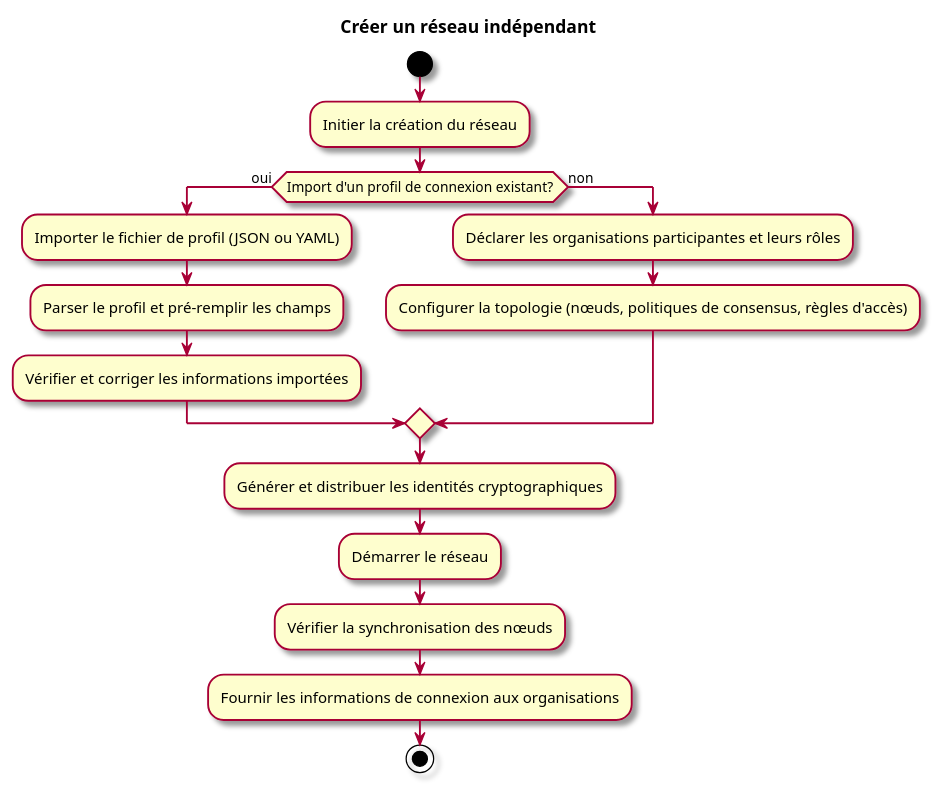
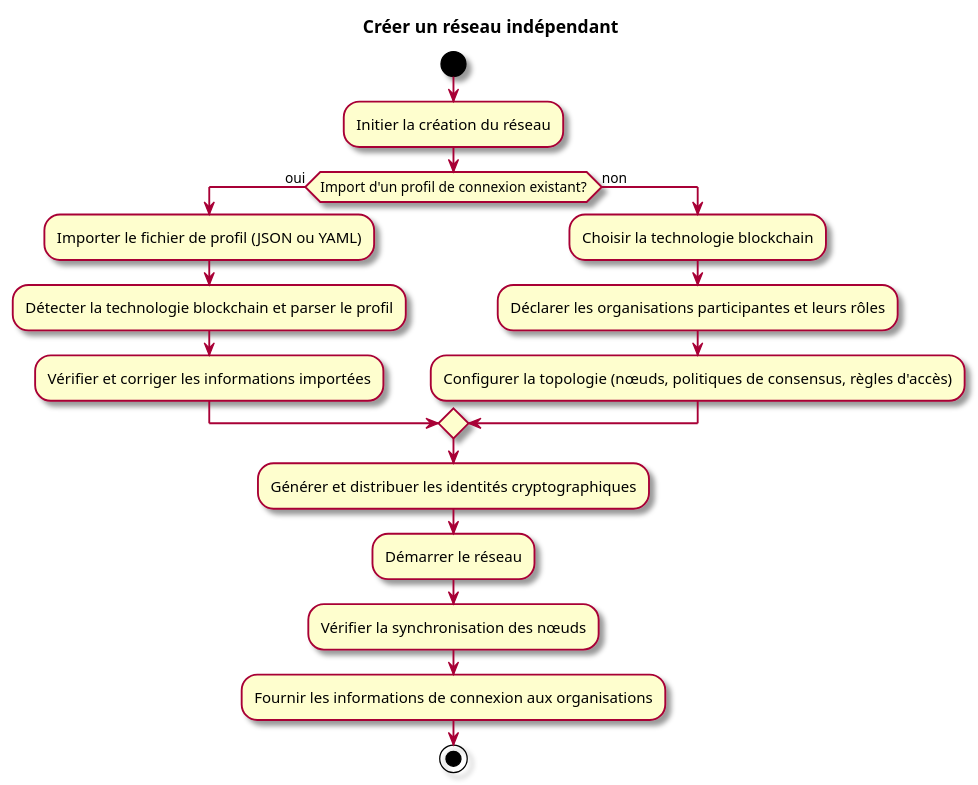
The second of 2 diagrams in specs/1-Expression/UCADM-Administration/UCADM02.md (olivaux/myr), drawn with PlantUML before and after one commit. The commit also changed other lines of this file and 12 other files, not shown here.

````diff
--- a/specs/1-Expression/UCADM-Administration/UCADM02.md
+++ b/specs/1-Expression/UCADM-Administration/UCADM02.md
@@ -65,21 +66,22 @@
 ```plantuml
 @startuml
 skin rose
 title Créer un réseau indépendant
 start
 :Initier la création du réseau;
 if (Import d'un profil de connexion existant?) then (oui)
   :Importer le fichier de profil (JSON ou YAML);
-  :Parser le profil et pré-remplir les champs;
+  :Détecter la technologie blockchain et parser le profil;
   :Vérifier et corriger les informations importées;
 else (non)
+  :Choisir la technologie blockchain;
   :Déclarer les organisations participantes et leurs rôles;
   :Configurer la topologie (nœuds, politiques de consensus, règles d'accès);
 endif
 :Générer et distribuer les identités cryptographiques;
 :Démarrer le réseau;
 :Vérifier la synchronisation des nœuds;
 :Fournir les informations de connexion aux organisations;
 stop
 @enduml
 ```
````
